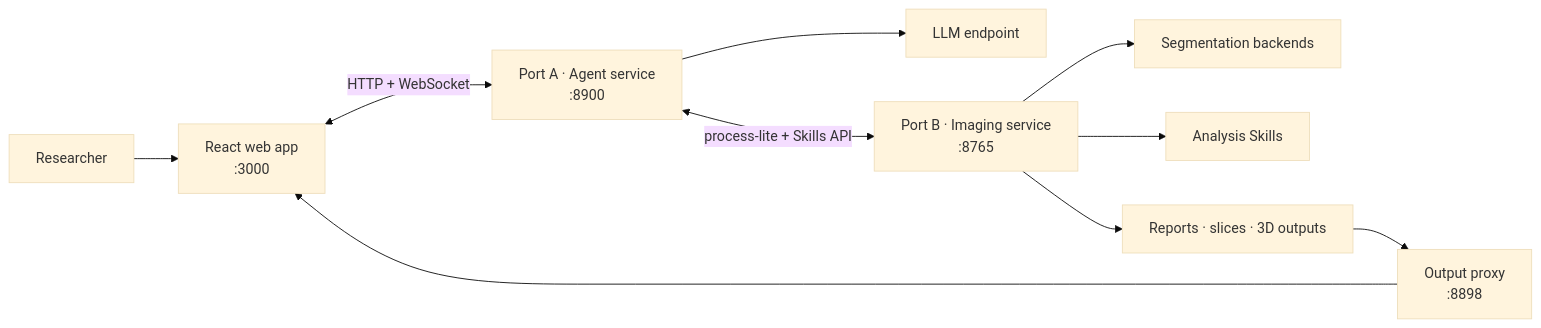
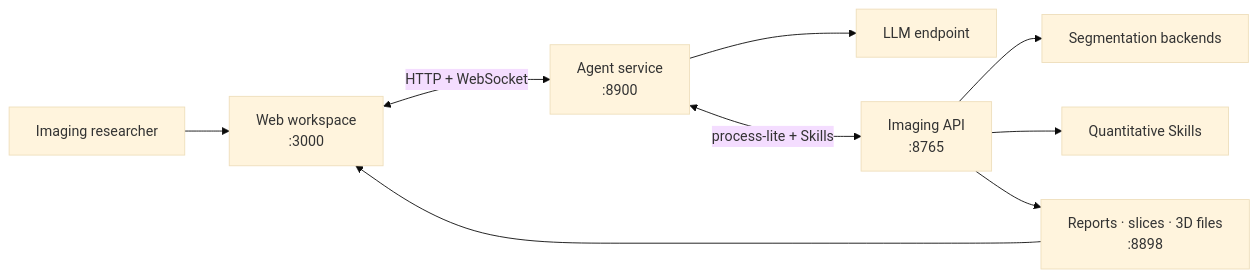
The diagram in README.md (ZJUMAI/VoxelSage), drawn with Mermaid (base theme) before and after one commit. The commit also changed other lines of this file and 2 other files, not shown here.

````diff
--- a/README.md
+++ b/README.md
@@ -68,12 +139,11 @@
 ```mermaid
 flowchart LR
-    U["Researcher"] --> F["React web app<br/>:3000"]
-    F <-->|"HTTP + WebSocket"| A["Port A · Agent service<br/>:8900"]
+    U["Imaging researcher"] --> F["Web workspace<br/>:3000"]
+    F <-->|"HTTP + WebSocket"| A["Agent service<br/>:8900"]
     A --> L["LLM endpoint"]
-    A <-->|"process-lite + Skills API"| B["Port B · Imaging service<br/>:8765"]
+    A <-->|"process-lite + Skills"| B["Imaging API<br/>:8765"]
     B --> S["Segmentation backends"]
-    B --> K["Analysis Skills"]
-    B --> O["Reports · slices · 3D outputs"]
-    O --> P["Output proxy<br/>:8898"]
+    B --> K["Quantitative Skills"]
+    B --> P["Reports · slices · 3D files<br/>:8898"]
     P --> F
 ```
````
